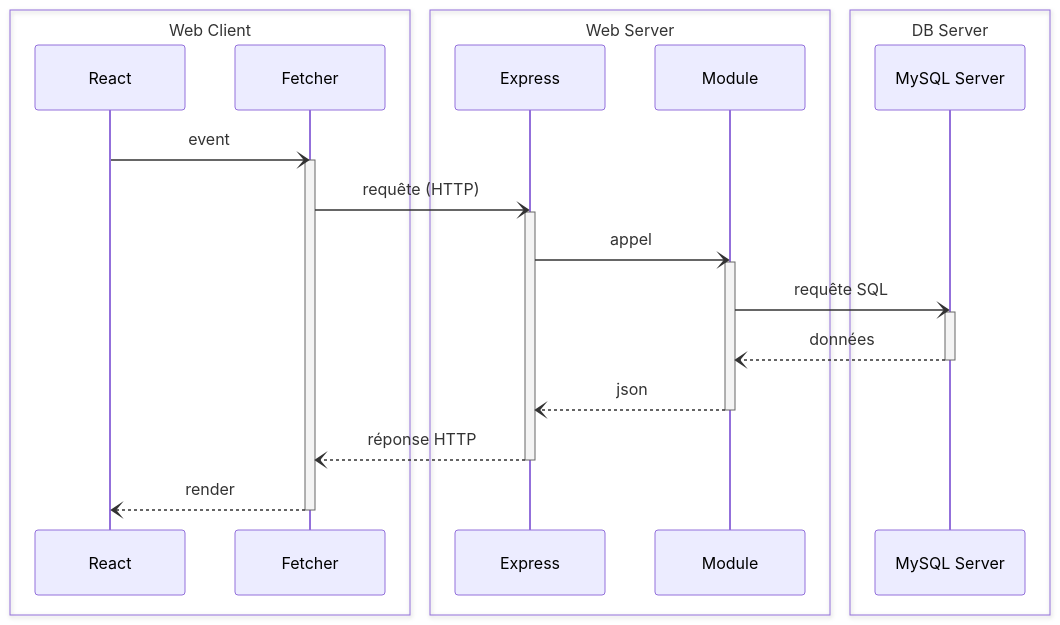
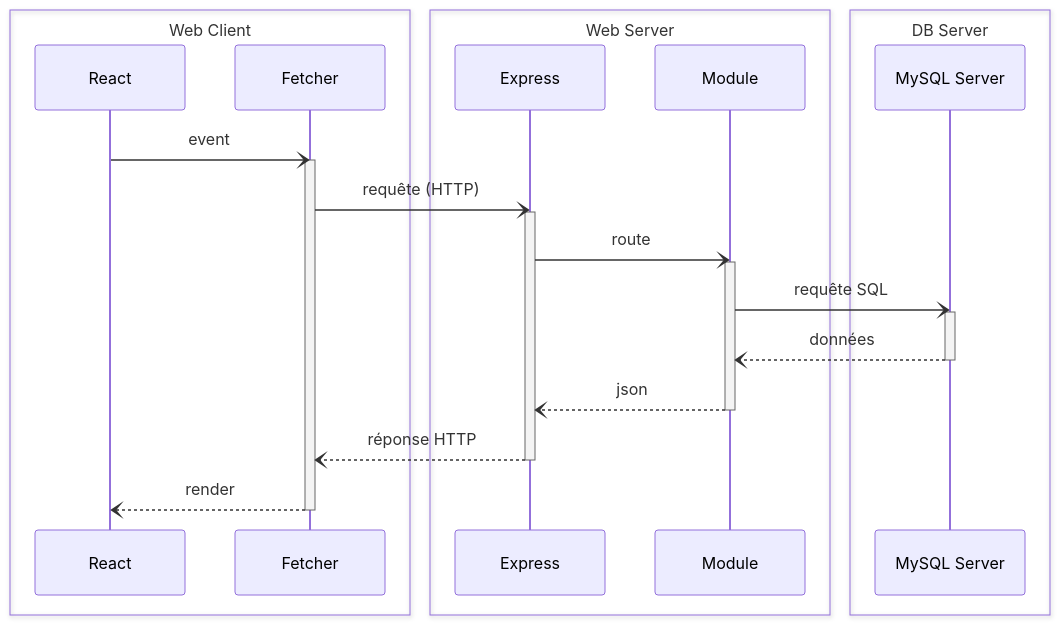
The diagram in README.md (rocambille/start-express-react), drawn with Mermaid before and after one commit.

Commit message:
minor change in README

````diff
--- a/README.md
+++ b/README.md
@@ -5,31 +5,31 @@
 ```mermaid
 sequenceDiagram
     box Web Client
     participant React as React
     participant Fetcher as Fetcher
     end
     box Web Server
     participant Express as Express
     participant Module as Module
     end
     box DB Server
     participant DB as MySQL Server
     end
 
     React-)Fetcher: event
     activate Fetcher
     Fetcher-)Express: requête (HTTP)
     activate Express
-    Express-)Module: appel
+    Express-)Module: route
     activate Module
     Module-)DB: requête SQL
     activate DB
     DB--)Module: données
     deactivate DB
     Module--)Express: json
     deactivate Module
     Express--)Fetcher: réponse HTTP
     deactivate Express
     Fetcher--)React: render
     deactivate Fetcher
 ```
````
